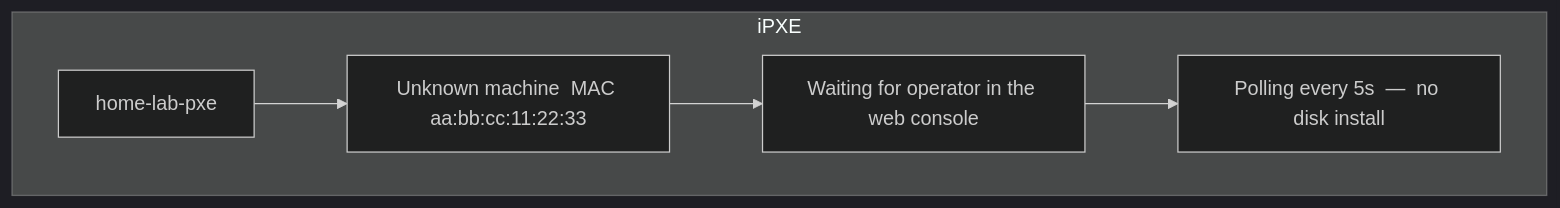
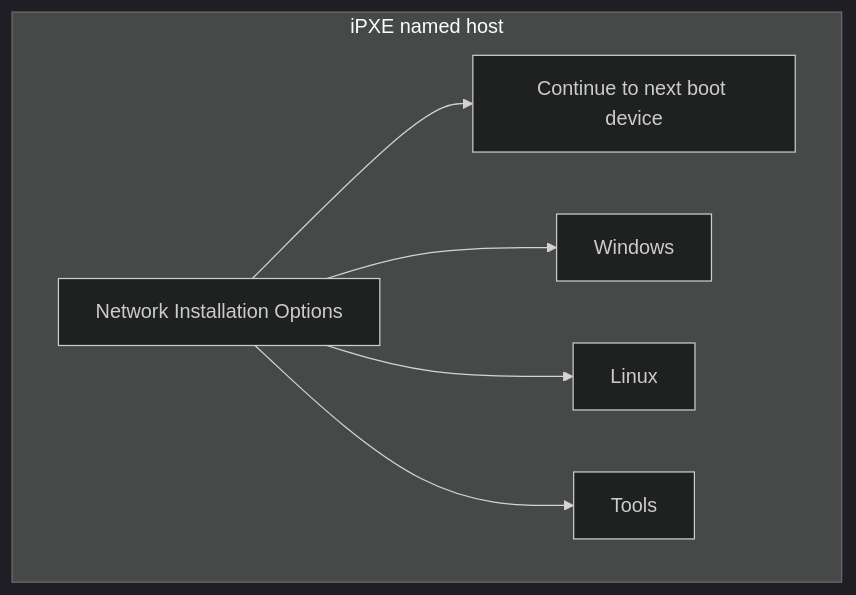
Diagram 16 of 24 in ARCHITECTURE.md (hometinker12/home-lab-pxe), drawn with Mermaid (dark theme) before and after one commit. The commit also changed other lines of this file and 37 other files, not shown here.

````diff
--- a/ARCHITECTURE.md
+++ b/ARCHITECTURE.md
@@ -372,10 +369,14 @@
 ```mermaid
 flowchart TB
-  subgraph menu["iPXE"]
-    T["home-lab-pxe"]
-    S["Unknown machine  MAC aa:bb:cc:11:22:33"]
-    W["Waiting for operator in the web console"]
-    P["Polling every 5s  —  no disk install"]
+  subgraph menu["iPXE named host"]
+    T["Network Installation Options"]
+    C["Continue to next boot device"]
+    W["Windows"]
+    L["Linux"]
+    O["Tools"]
   end
-  T --> S --> W --> P
+  T --> C
+  T --> W
+  T --> L
+  T --> O
 ```
````
